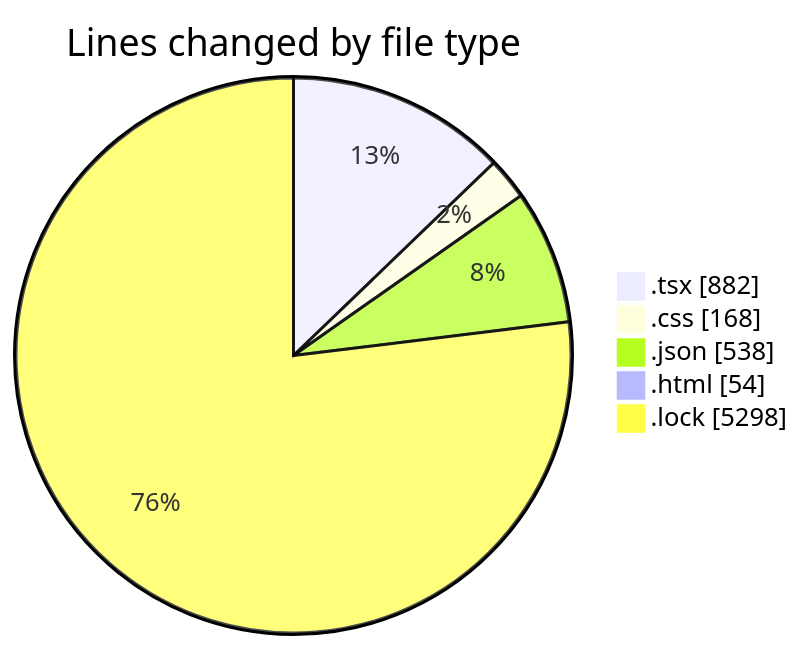
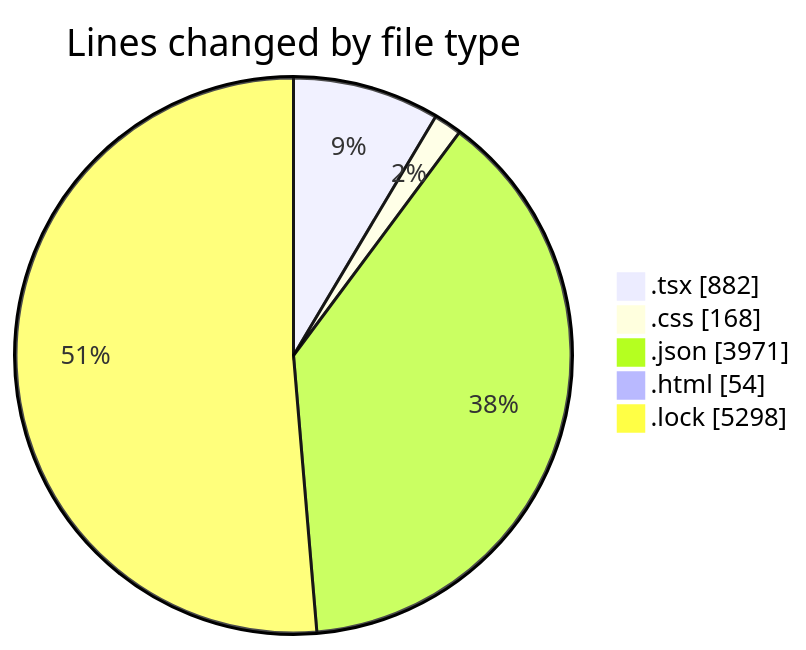
The first of 2 diagrams in 2025-08-12/ribbon/README.md (EIIisD/code-tracking), drawn with Mermaid before and after one commit. The commit also changed other lines of this file and 1 other file, not shown here.

````diff
--- a/2025-08-12/ribbon/README.md
+++ b/2025-08-12/ribbon/README.md
@@ -31,9 +32,9 @@
 ```mermaid
 pie showData
 title Lines changed by file type
 ".tsx" : 882
 ".css" : 168
-".json" : 538
+".json" : 3971
 ".html" : 54
 ".lock" : 5298
 ```
````
